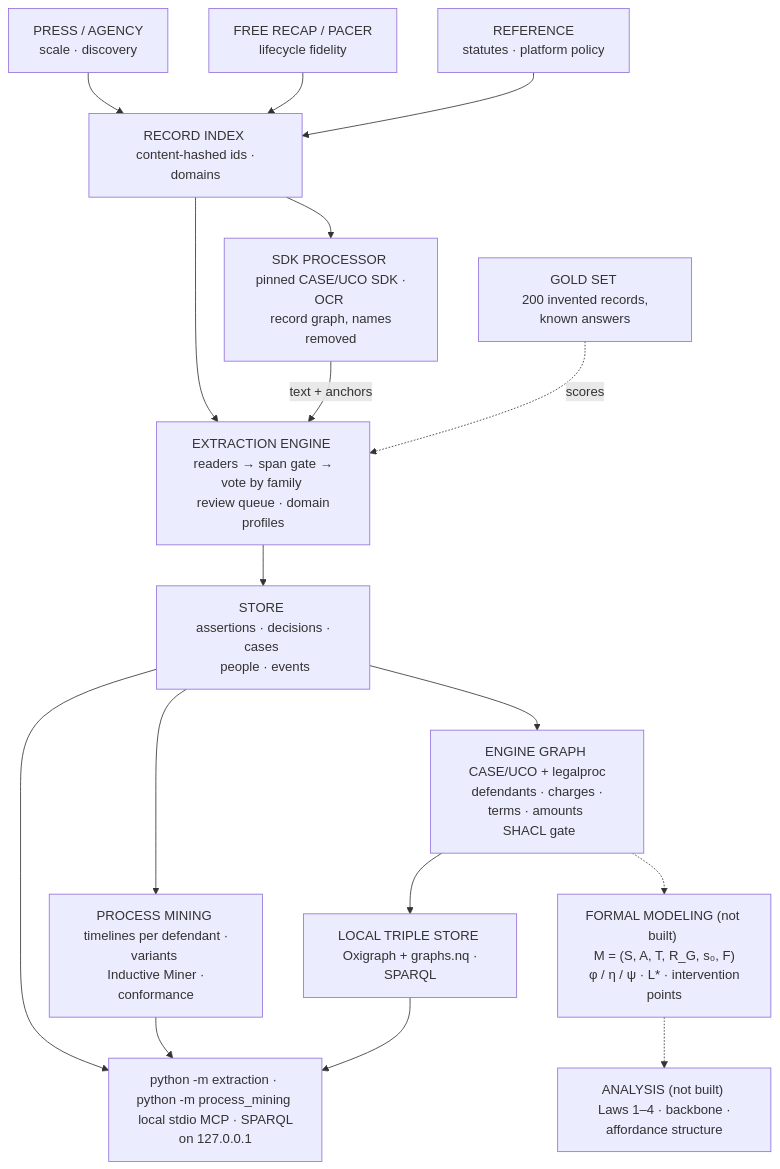
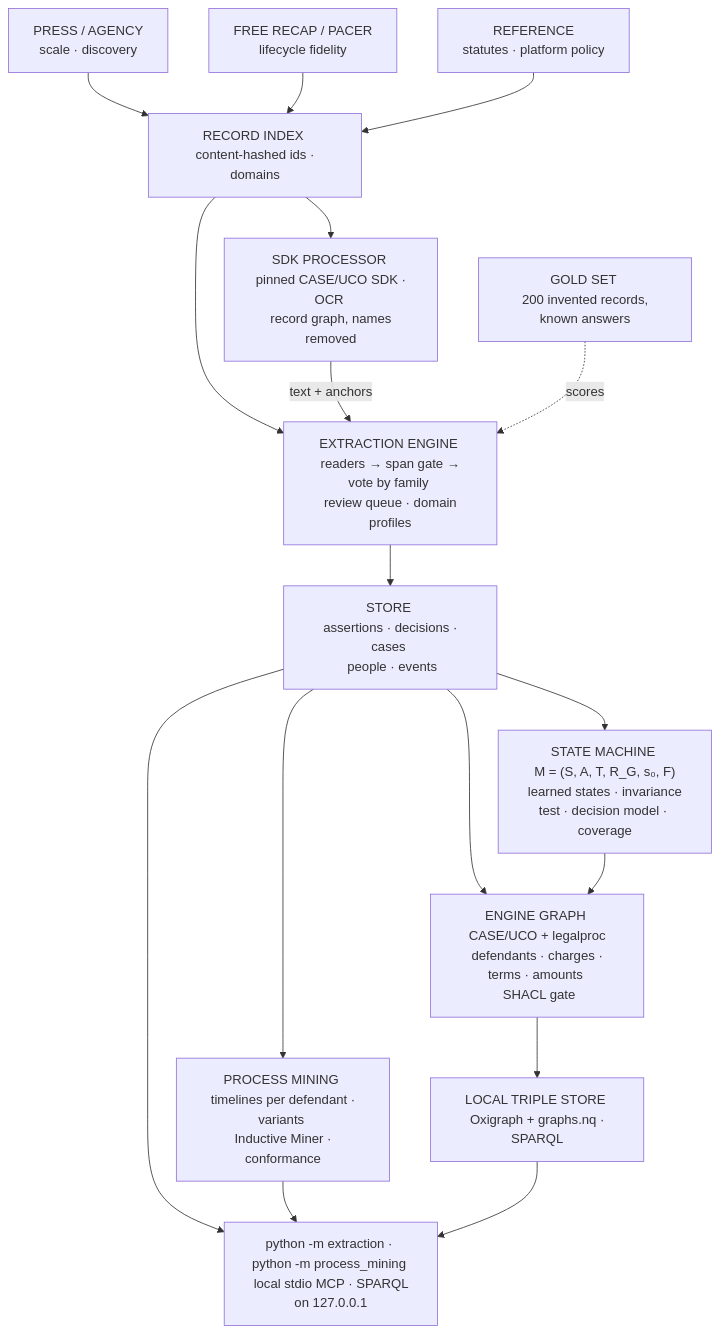
Before and after one commit to mrinaalr/CaseNoesis: the diagram in README.md, drawn with Mermaid. The commit also changed other lines of this file and 20 other files, not shown here.

First line of the commit message:
Exploitation State Machine: fitted machine, learned states and their invariance test, a goal-conditioned decision model with its tests, coverage, and graphs in the trajectories and means extensions

````diff
--- a/README.md
+++ b/README.md
@@ -30,27 +32,27 @@
 ```mermaid
 flowchart TD
     P["PRESS / AGENCY <br/> scale · discovery"]
     C["FREE RECAP / PACER <br/> lifecycle fidelity"]
     F["REFERENCE <br/> statutes · platform policy"]
 
     P --> IDX["RECORD INDEX <br/> content-hashed ids · domains"]
     C --> IDX
     F --> IDX
 
     IDX --> SDK["SDK PROCESSOR <br/> pinned CASE/UCO SDK · OCR <br/> record graph, names removed"]
     IDX --> ENG
     SDK -->|"text + anchors"| ENG["EXTRACTION ENGINE <br/> readers → span gate → vote by family <br/> review queue · domain profiles"]
 
     ENG --> STORE["STORE <br/> assertions · decisions · cases <br/> people · events"]
     STORE --> PM["PROCESS MINING <br/> timelines per defendant · variants <br/> Inductive Miner · conformance"]
     GOLD["GOLD SET <br/> 200 invented records, known answers"] -.->|"scores"| ENG
     STORE --> KG["ENGINE GRAPH <br/> CASE/UCO + legalproc <br/> defendants · charges · terms · amounts <br/> SHACL gate"]
 
-    KG -.-> ESM["FORMAL MODELING (not built) <br/> M = (S, A, T, R_G, s₀, F) <br/> φ / η / ψ · L* · intervention points"]
-    ESM -.-> AN["ANALYSIS (not built) <br/> Laws 1–4 · backbone · affordance structure"]
+    STORE --> ESM["STATE MACHINE <br/> M = (S, A, T, R_G, s₀, F) <br/> learned states · invariance test · decision model · coverage"]
+    ESM --> KG
 
     KG --> OX["LOCAL TRIPLE STORE <br/> Oxigraph + graphs.nq · SPARQL"]
     STORE --> API["python -m extraction · python -m process_mining <br/> local stdio MCP · SPARQL on 127.0.0.1"]
     PM --> API
     OX --> API
 ```
````
